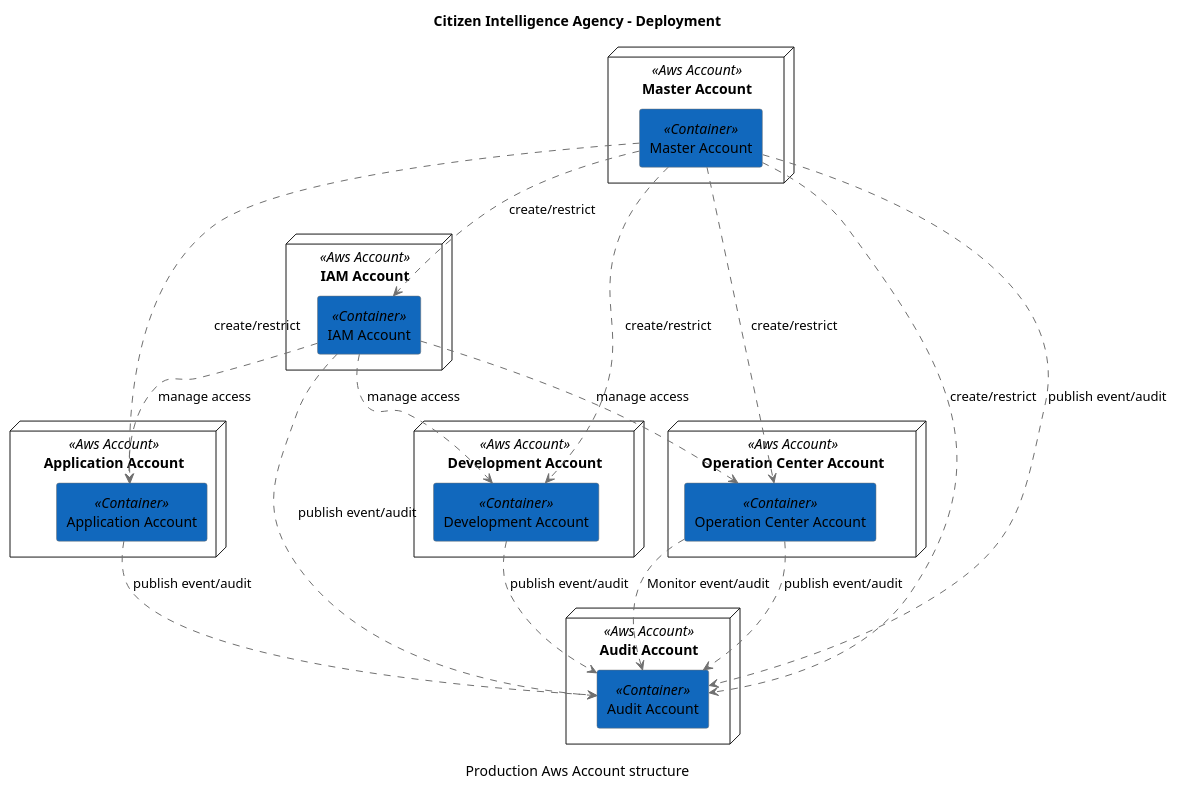
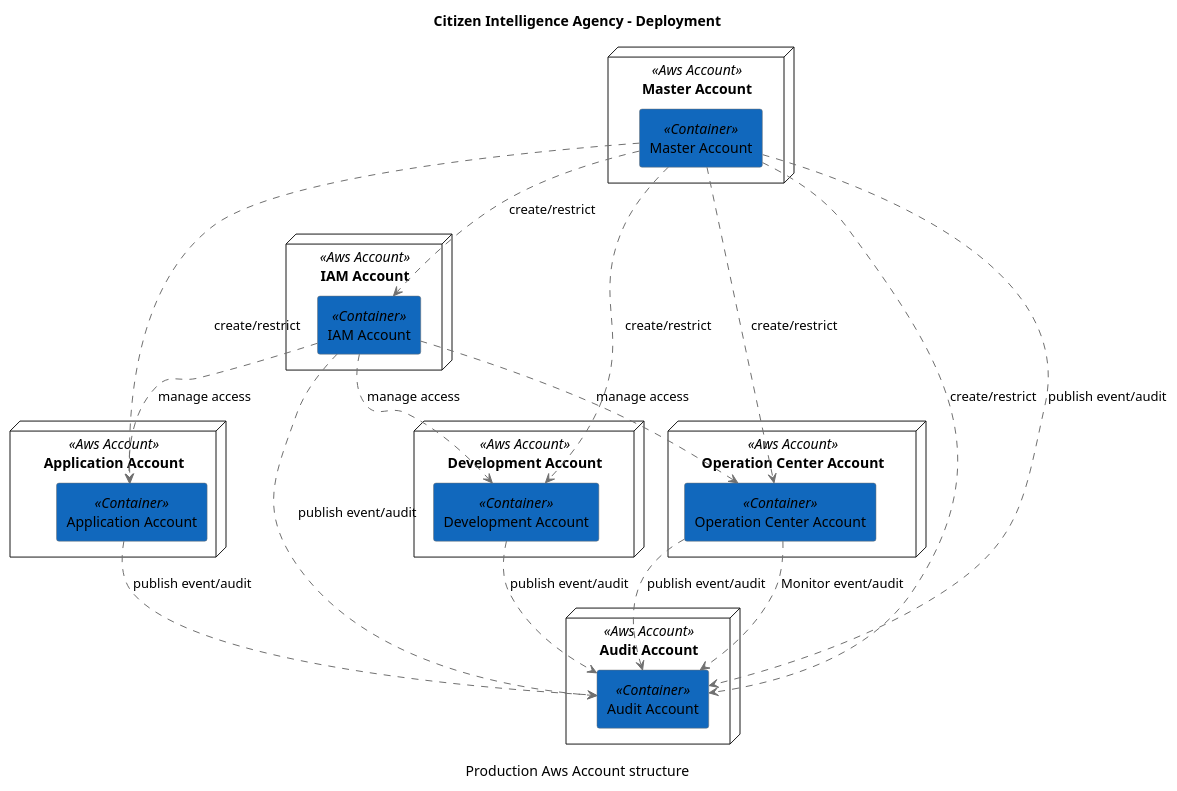
The diagram in architecture/Citizen-Intelligence-Agency-Prod-Aws-Account-Structure.pu (sjvs/cia), drawn with PlantUML before and after one commit. The commit also changed other lines of this file and 1764 other files, not shown here.

```diff
--- a/architecture/Citizen-Intelligence-Agency-Prod-Aws-Account-Structure.pu
+++ b/architecture/Citizen-Intelligence-Agency-Prod-Aws-Account-Structure.pu
@@ -1,47 +1,47 @@
 @startuml(id="Production Aws Account structure")
 scale max 2000x2000
 title Citizen Intelligence Agency - Deployment
 caption "Production Aws Account structure"
 
 skinparam {
   shadowing false
   arrowColor #707070
   actorBorderColor #707070
   componentBorderColor #707070
   rectangleBorderColor #707070
   noteBackgroundColor #ffffff
   noteBorderColor #707070
 }
 node "Application Account" <<Aws Account>> as 12 {
   rectangle "Application Account" <<Container>> as 34 #1168bd
 }
 node "Audit Account" <<Aws Account>> as 10 {
   rectangle "Audit Account" <<Container>> as 30 #1168bd
 }
 node "Development Account" <<Aws Account>> as 6 {
   rectangle "Development Account" <<Container>> as 29 #1168bd
 }
 node "IAM Account" <<Aws Account>> as 4 {
   rectangle "IAM Account" <<Container>> as 36 #1168bd
 }
 node "Master Account" <<Aws Account>> as 2 {
   rectangle "Master Account" <<Container>> as 41 #1168bd
 }
 node "Operation Center Account" <<Aws Account>> as 8 {
   rectangle "Operation Center Account" <<Container>> as 28 #1168bd
 }
-36 .[#707070].> 28 : manage access
+36 .[#707070].> 29 : manage access
+41 .[#707070].> 30 : create/restrict
+41 .[#707070].> 30 : publish event/audit
+28 .[#707070].> 30 : Monitor event/audit
+28 .[#707070].> 30 : publish event/audit
+36 .[#707070].> 30 : publish event/audit
+34 .[#707070].> 30 : publish event/audit
+29 .[#707070].> 30 : publish event/audit
+41 .[#707070].> 28 : create/restrict
 41 .[#707070].> 34 : create/restrict
 41 .[#707070].> 29 : create/restrict
-28 .[#707070].> 30 : publish event/audit
-29 .[#707070].> 30 : publish event/audit
+41 .[#707070].> 36 : create/restrict
+36 .[#707070].> 28 : manage access
 36 .[#707070].> 34 : manage access
-34 .[#707070].> 30 : publish event/audit
-28 .[#707070].> 30 : Monitor event/audit
-41 .[#707070].> 36 : create/restrict
-41 .[#707070].> 30 : create/restrict
-41 .[#707070].> 30 : publish event/audit
-41 .[#707070].> 28 : create/restrict
-36 .[#707070].> 29 : manage access
-36 .[#707070].> 30 : publish event/audit
 @enduml
```
